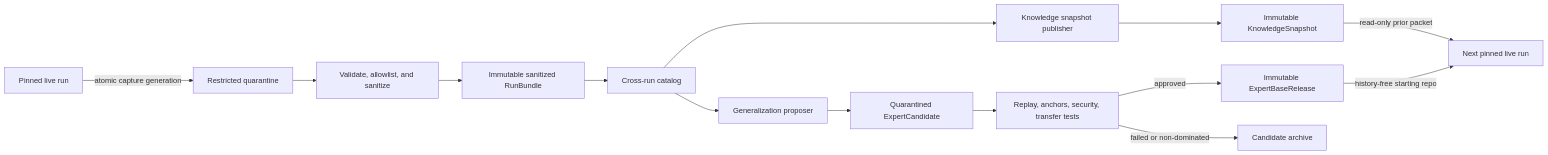
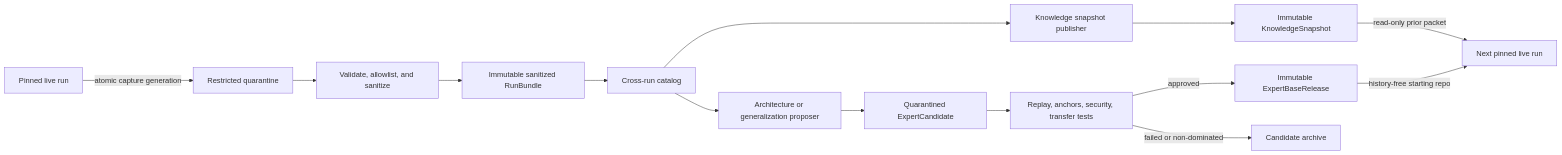
The diagram in docs/research/cross-run-knowledge-design.md (Leeroo-AI/kapso), drawn with Mermaid before and after one commit. The commit also changed other lines of this file, not shown here.

First line of the commit message:
docs: generalize expert repository architecture

````diff
--- a/docs/research/cross-run-knowledge-design.md
+++ b/docs/research/cross-run-knowledge-design.md
@@ -113,17 +114,17 @@
 ```mermaid
 flowchart LR
     R["Pinned live run"] -->|atomic capture generation| Q0["Restricted quarantine"]
     Q0 --> V["Validate, allowlist, and sanitize"]
     V --> B["Immutable sanitized RunBundle"]
     B --> C["Cross-run catalog"]
     C --> P["Knowledge snapshot publisher"]
     P --> S["Immutable KnowledgeSnapshot"]
     S -->|read-only prior packet| R2["Next pinned live run"]
 
-    C --> G["Generalization proposer"]
+    C --> G["Architecture or generalization proposer"]
     G --> Q["Quarantined ExpertCandidate"]
     Q --> T["Replay, anchors, security, transfer tests"]
     T -->|approved| E["Immutable ExpertBaseRelease"]
     E -->|history-free starting repo| R2
     T -->|failed or non-dominated| A["Candidate archive"]
 ```
````
